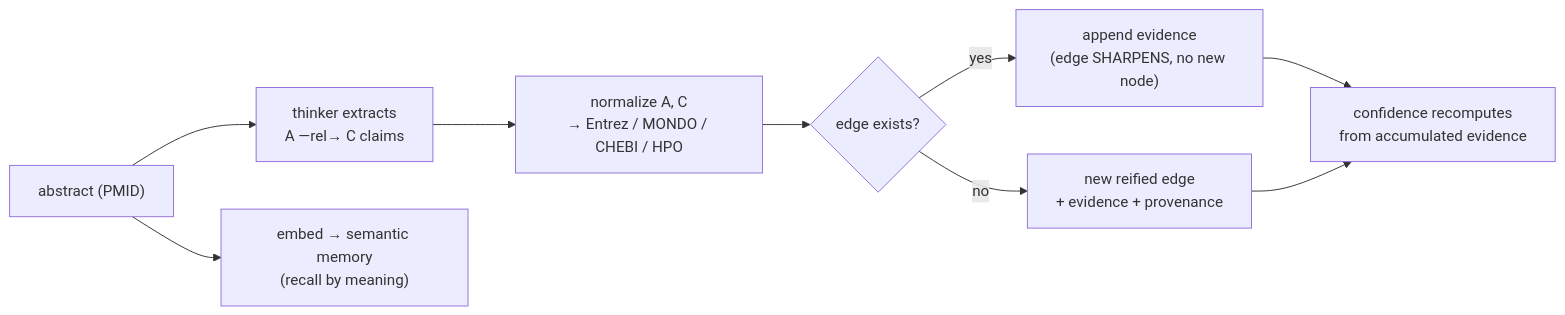
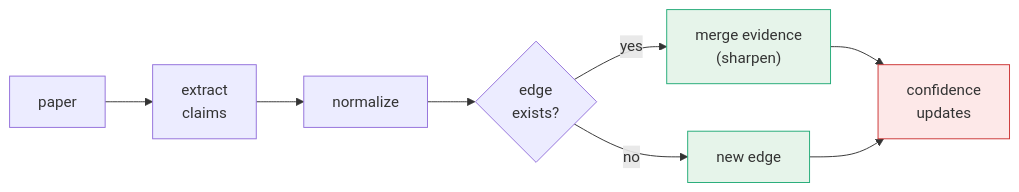
The tenth of 11 diagrams in docs/architecture-overview.md (jamisonhburks/lab_tracker), drawn with Mermaid before and after one commit. The commit also changed other lines of this file and 23 other files, not shown here.

First line of the commit message:
docs: simplify slide diagrams — short glanceable labels (#69)

````diff
--- a/docs/architecture-overview.md
+++ b/docs/architecture-overview.md
@@ -237,10 +237,11 @@
 ```mermaid
 flowchart LR
-  ABS["abstract (PMID)"] --> EXTR["thinker extracts<br/>A —rel→ C claims"]
-  EXTR --> NRM["normalize A, C<br/>→ Entrez / MONDO / CHEBI / HPO"]
-  NRM --> DEDUP{"edge exists?"}
-  DEDUP -->|yes| MERGE["append evidence<br/>(edge SHARPENS, no new node)"]
-  DEDUP -->|no| NEW["new reified edge<br/>+ evidence + provenance"]
-  MERGE & NEW --> CONF2["confidence recomputes<br/>from accumulated evidence"]
-  ABS --> VEC["embed → semantic memory<br/>(recall by meaning)"]
+  ABS["paper"] --> EXTR["extract<br/>claims"] --> NRM["normalize"]
+  NRM --> DEDUP{"edge<br/>exists?"}
+  DEDUP -->|yes| MERGE["merge evidence<br/>(sharpen)"]:::a
+  DEDUP -->|no| NEW["new edge"]:::a
+  MERGE --> CONF2["confidence<br/>updates"]:::b
+  NEW --> CONF2
+  classDef a fill:#e6f4ea,stroke:#2a7;
+  classDef b fill:#fde8e8,stroke:#c33;
 ```
````
